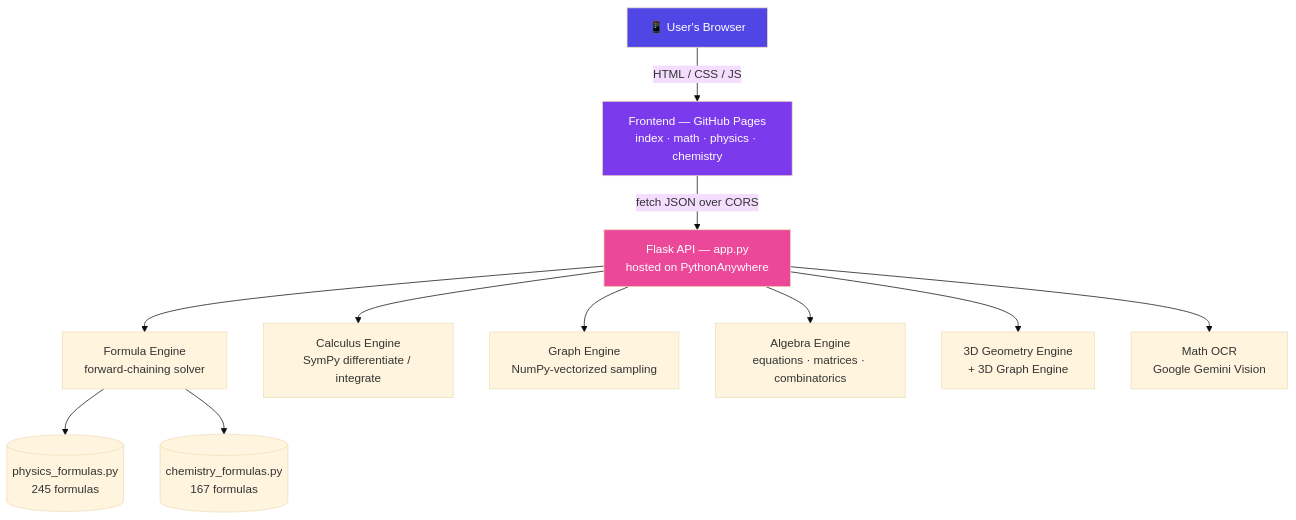
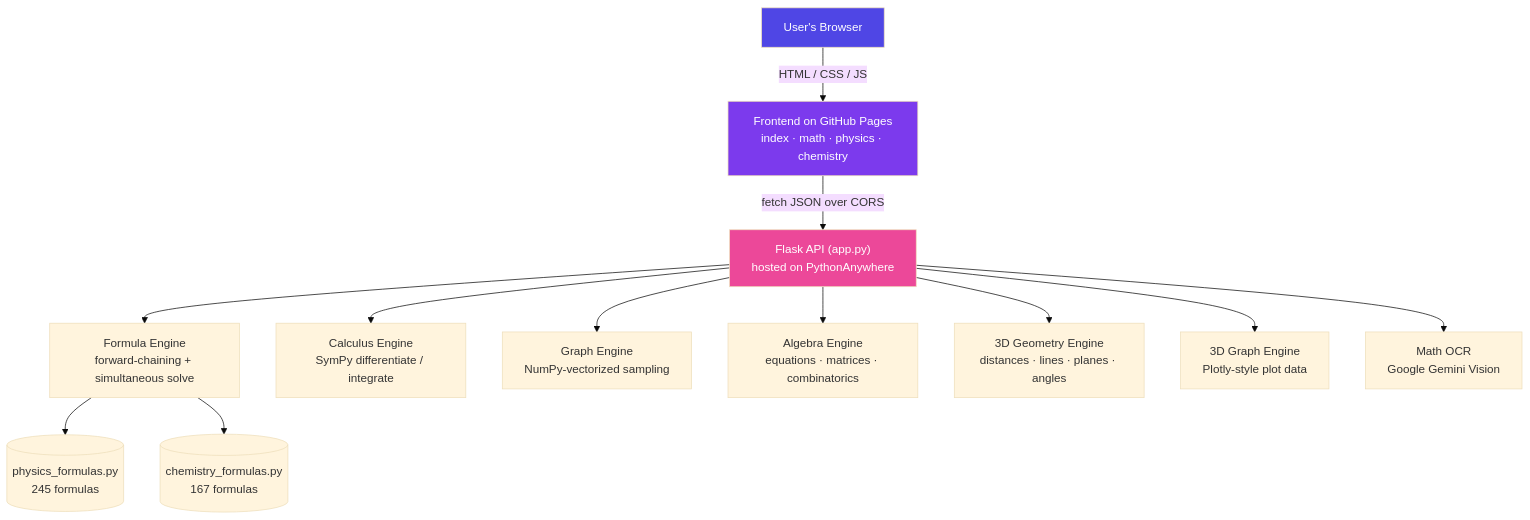
One commit to duttaanubhab777-code/Friendly-Flux changed the diagram in README.md. Above: the diagram before and after it, drawn with Mermaid (base theme). The commit also changed other lines of this file, not shown here.

Commit message:
update README for GitHub Mobile app

````diff
--- a/README.md
+++ b/README.md
@@ -120,19 +133,20 @@
 ```mermaid
 graph TD
-    U["📱 User's Browser"] -->|HTML / CSS / JS| F["Frontend — GitHub Pages<br/>index · math · physics · chemistry"]
-    F -->|fetch JSON over CORS| API["Flask API — app.py<br/>hosted on PythonAnywhere"]
+    U["User's Browser"] -->|HTML / CSS / JS| F["Frontend on GitHub Pages<br/>index · math · physics · chemistry"]
+    F -->|fetch JSON over CORS| API["Flask API (app.py)<br/>hosted on PythonAnywhere"]
 
-    API --> FE["Formula Engine<br/>forward-chaining solver"]
+    API --> FE["Formula Engine<br/>forward-chaining + simultaneous solve"]
     API --> CE["Calculus Engine<br/>SymPy differentiate / integrate"]
     API --> GE["Graph Engine<br/>NumPy-vectorized sampling"]
     API --> AE["Algebra Engine<br/>equations · matrices · combinatorics"]
-    API --> G3["3D Geometry Engine<br/>+ 3D Graph Engine"]
+    API --> G3["3D Geometry Engine<br/>distances · lines · planes · angles"]
+    API --> G3G["3D Graph Engine<br/>Plotly-style plot data"]
     API --> OCR["Math OCR<br/>Google Gemini Vision"]
 
     FE --> PF[("physics_formulas.py<br/>245 formulas")]
     FE --> CF[("chemistry_formulas.py<br/>167 formulas")]
 
     style U fill:#4F46E5,color:#fff
     style F fill:#7C3AED,color:#fff
     style API fill:#EC4899,color:#fff
 ```
````
